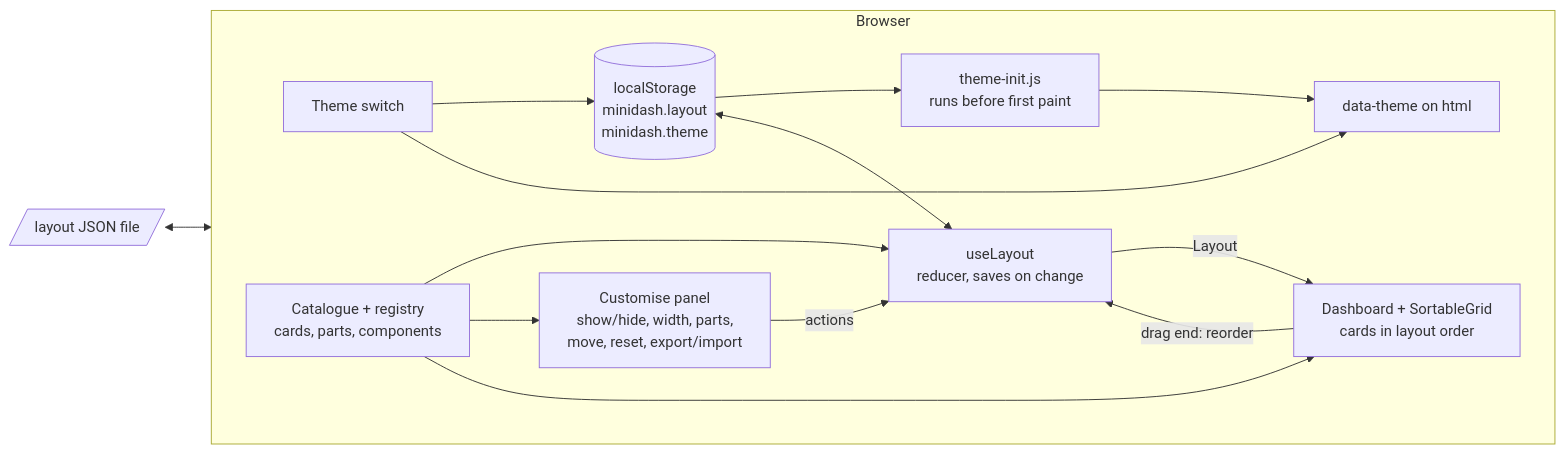
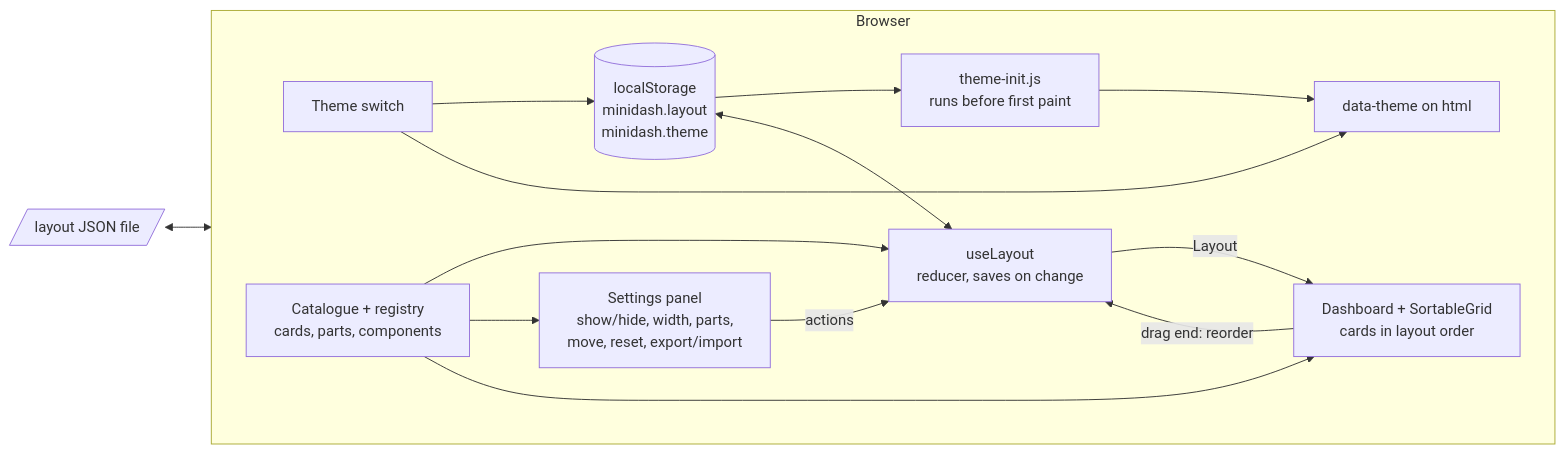
One commit to devdaviddr/minidash changed the sixth of 7 diagrams in docs/architecture.md. Above: the diagram before and after it, drawn with Mermaid. The commit also changed other lines of this file and 12 other files, not shown here.

````diff
--- a/docs/architecture.md
+++ b/docs/architecture.md
@@ -168,27 +168,27 @@
 ```mermaid
 flowchart LR
   subgraph browser["Browser"]
     direction LR
     ls[("localStorage<br/>minidash.layout<br/>minidash.theme")]
     init["theme-init.js<br/>runs before first paint"]
     html["data-theme on html"]
     sw["Theme switch"]
     hook["useLayout<br/>reducer, saves on change"]
-    panel["Customise panel<br/>show/hide, width, parts,<br/>move, reset, export/import"]
+    panel["Settings panel<br/>show/hide, width, parts,<br/>move, reset, export/import"]
     grid["Dashboard + SortableGrid<br/>cards in layout order"]
     cat["Catalogue + registry<br/>cards, parts, components"]
   end
   file[/"layout JSON file"/]
 
   ls --> init --> html
   sw --> ls
   sw --> html
   ls <--> hook
   panel -- "actions" --> hook
   grid -- "drag end: reorder" --> hook
   hook -- "Layout" --> grid
   cat --> hook
   cat --> panel
   cat --> grid
   file <--> panel
 ```
````
